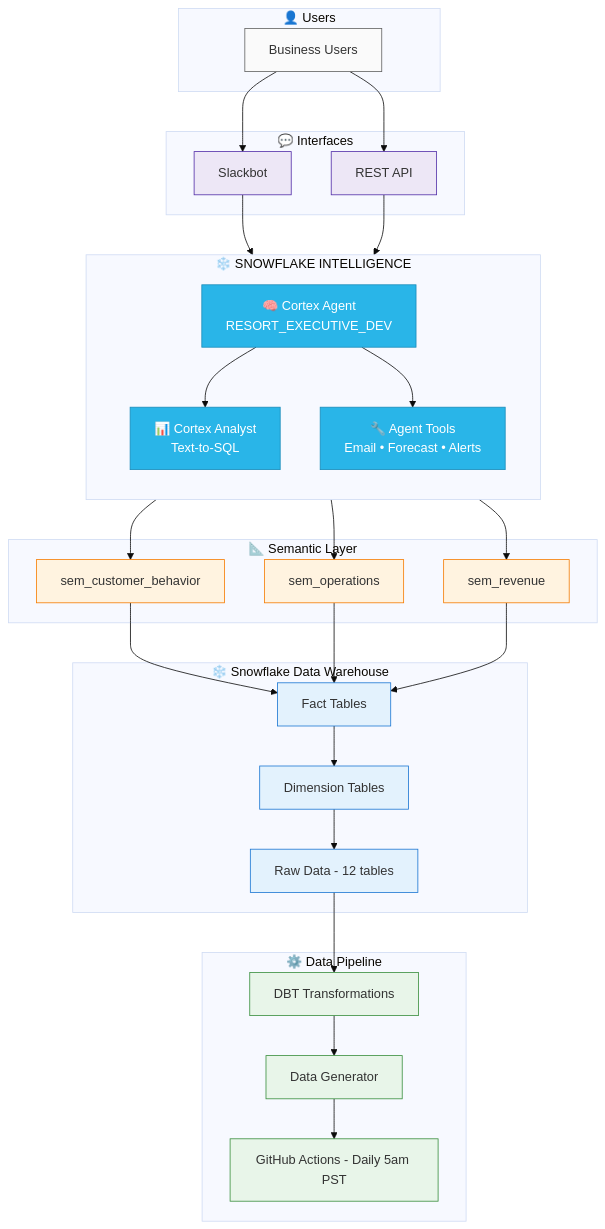
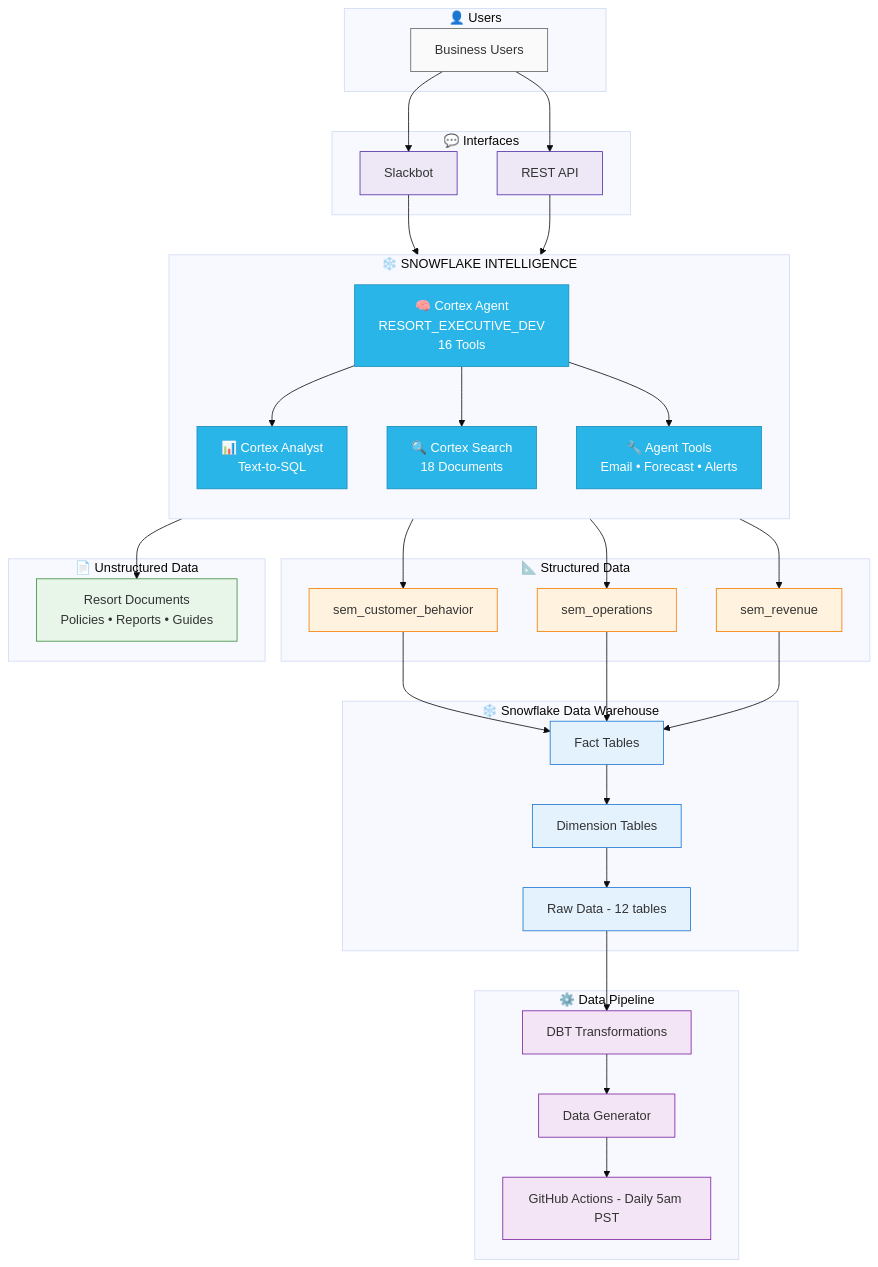
Before and after one commit to Jeremy-Demlow/Manage-Snowflake-Agents: the diagram in ARCHITECTURE.md, drawn with Mermaid (base theme). The commit also changed other lines of this file and 20 other files, not shown here.

First line of the commit message:
Add Cortex Search + Demo Jam script

````diff
--- a/ARCHITECTURE.md
+++ b/ARCHITECTURE.md
@@ -22,68 +23,77 @@
 ```mermaid
 graph TB
     subgraph Users["👤 Users"]
         USER[Business Users]
     end
 
     subgraph Interfaces["💬 Interfaces"]
         SLACK[Slackbot]
         API[REST API]
     end
 
     subgraph Intelligence["❄️ SNOWFLAKE INTELLIGENCE"]
         direction TB
-        AGENT[🧠 Cortex Agent<br/>RESORT_EXECUTIVE_DEV]
+        AGENT[🧠 Cortex Agent<br/>RESORT_EXECUTIVE_DEV<br/>16 Tools]
         ANALYST[📊 Cortex Analyst<br/>Text-to-SQL]
+        SEARCH[🔍 Cortex Search<br/>18 Documents]
         TOOLS[🔧 Agent Tools<br/>Email • Forecast • Alerts]
     end
 
-    subgraph Semantic["📐 Semantic Layer"]
+    subgraph Structured["📐 Structured Data"]
         SEM1[sem_customer_behavior]
         SEM2[sem_operations]
         SEM3[sem_revenue]
+    end
+
+    subgraph Unstructured["📄 Unstructured Data"]
+        DOCS[Resort Documents<br/>Policies • Reports • Guides]
     end
 
     subgraph DataWarehouse["❄️ Snowflake Data Warehouse"]
         FACTS[Fact Tables]
         DIMS[Dimension Tables]
         RAW[Raw Data - 12 tables]
     end
 
     subgraph Pipeline["⚙️ Data Pipeline"]
         DBT[DBT Transformations]
         GEN[Data Generator]
         GHA[GitHub Actions - Daily 5am PST]
     end
 
     USER --> SLACK
     USER --> API
     SLACK --> AGENT
     API --> AGENT
     AGENT --> ANALYST
+    AGENT --> SEARCH
     AGENT --> TOOLS
     ANALYST --> SEM1
     ANALYST --> SEM2
     ANALYST --> SEM3
+    SEARCH --> DOCS
     SEM1 --> FACTS
     SEM2 --> FACTS
     SEM3 --> FACTS
     FACTS --> DIMS
     DIMS --> RAW
     RAW --> DBT
     DBT --> GEN
     GEN --> GHA
 
     classDef intelligence fill:#29b5e8,stroke:#1a8cba,color:#fff
     classDef semantic fill:#fff3e0,stroke:#f57c00
+    classDef unstructured fill:#e8f5e9,stroke:#388e3c
     classDef warehouse fill:#e3f2fd,stroke:#1976d2
-    classDef pipeline fill:#e8f5e9,stroke:#388e3c
+    classDef pipeline fill:#f3e5f5,stroke:#7b1fa2
     classDef interface fill:#ede7f6,stroke:#512da8
     classDef user fill:#fafafa,stroke:#616161
 
-    class AGENT,ANALYST,TOOLS intelligence
+    class AGENT,ANALYST,SEARCH,TOOLS intelligence
     class SEM1,SEM2,SEM3 semantic
+    class DOCS unstructured
     class FACTS,DIMS,RAW warehouse
     class DBT,GEN,GHA pipeline
     class SLACK,API interface
     class USER user
 ```
````
